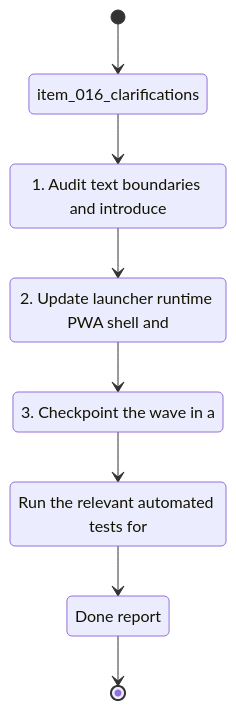
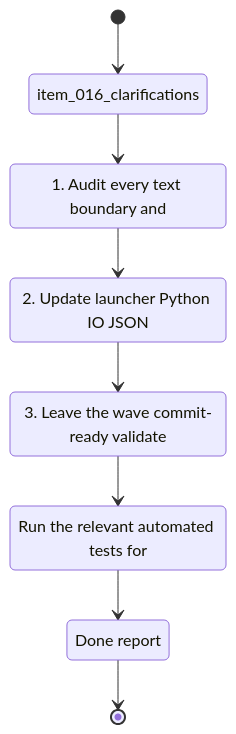
The diagram in logics/tasks/task_016_clarifications.md (Jilanos/Coach_garmin), drawn with Mermaid before and after one commit. The commit also changed other lines of this file and 36 other files, not shown here.

````diff
--- a/logics/tasks/task_016_clarifications.md
+++ b/logics/tasks/task_016_clarifications.md
@@ -22,18 +22,18 @@
 ```mermaid
 %% logics-kind: task
 %% logics-signature: task|harden-utf-8-and-french-text-handling-en|item-016-clarifications|1-audit-every-text-boundary-and|run-the-relevant-automated-tests-for
 stateDiagram-v2
     state "item_016_clarifications" as Backlog
-    state "1. Audit text boundaries and introduce" as Scope
-    state "2. Update launcher runtime PWA shell and" as Build
-    state "3. Checkpoint the wave in a" as Verify
+    state "1. Audit every text boundary and" as Scope
+    state "2. Update launcher Python IO JSON" as Build
+    state "3. Leave the wave commit-ready validate" as Verify
     state "Run the relevant automated tests for" as Validation
     state "Done report" as Report
     [*] --> Backlog
     Backlog --> Scope
     Scope --> Build
     Build --> Verify
     Verify --> Validation
     Validation --> Report
     Report --> [*]
 ```
````
